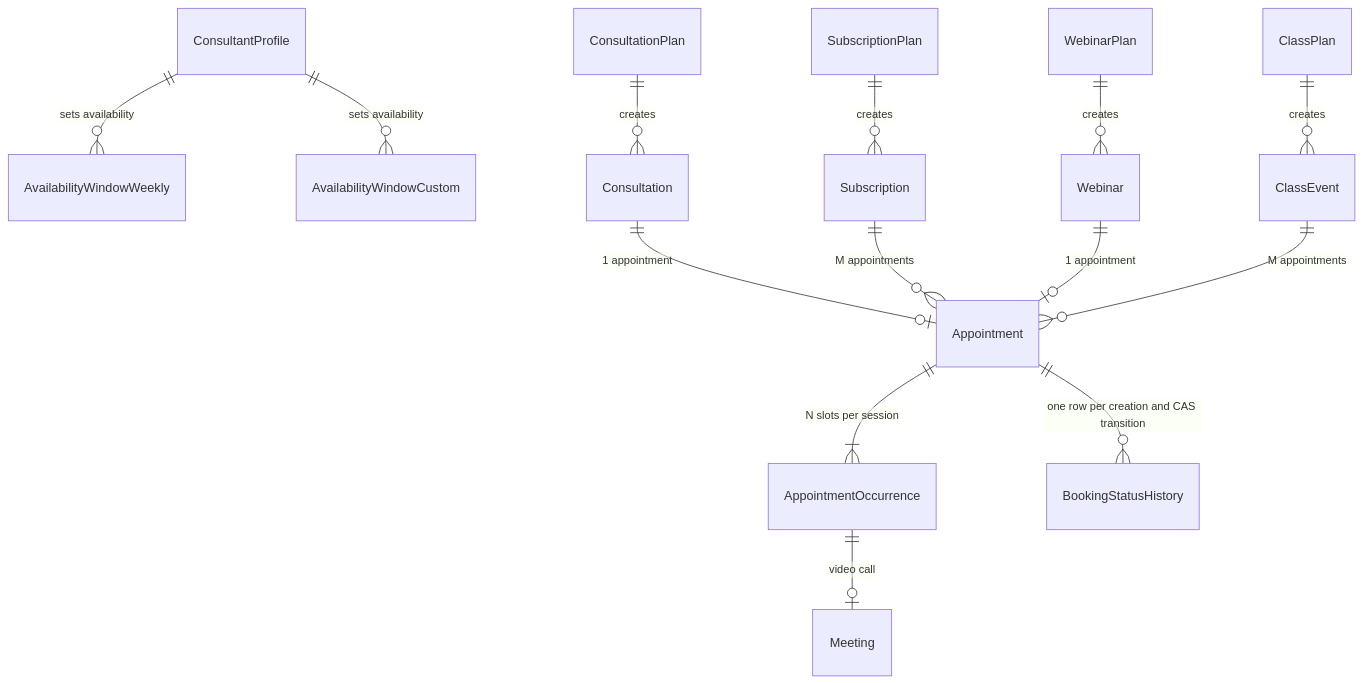
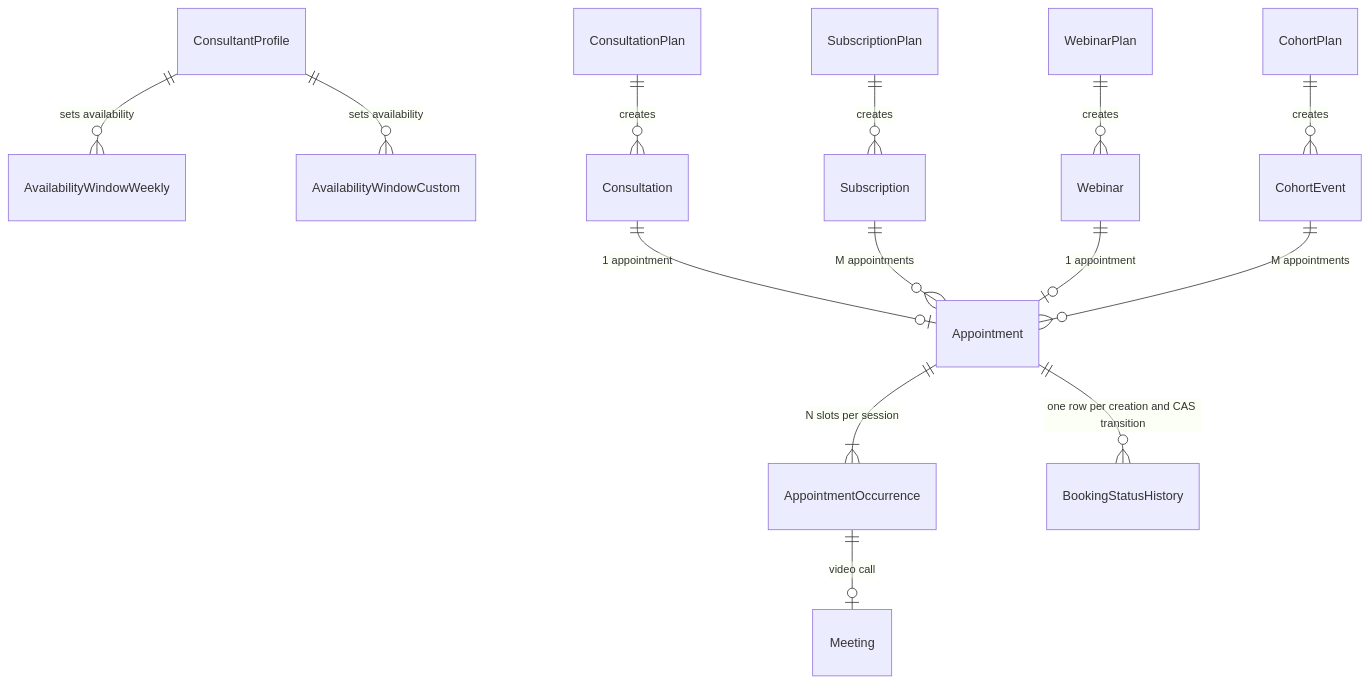
One commit to Practitionist/familiarise_web changed the sixth of 6 diagrams in docs/booking/06-dependency-graphs.md. Above: the diagram before and after it, drawn with Mermaid. The commit also changed other lines of this file and 89 other files, not shown here.

````diff
--- a/docs/booking/06-dependency-graphs.md
+++ b/docs/booking/06-dependency-graphs.md
@@ -291,19 +291,19 @@
 ```mermaid
 erDiagram
   ConsultantProfile ||--o{ AvailabilityWindowWeekly : "sets availability"
   ConsultantProfile ||--o{ AvailabilityWindowCustom : "sets availability"
 
   ConsultationPlan ||--o{ Consultation : creates
   SubscriptionPlan ||--o{ Subscription : creates
   WebinarPlan ||--o{ Webinar : creates
-  ClassPlan ||--o{ ClassEvent : creates
+  CohortPlan ||--o{ CohortEvent : creates
 
   Consultation ||--o| Appointment : "1 appointment"
   Subscription ||--o{ Appointment : "M appointments"
   Webinar ||--o| Appointment : "1 appointment"
-  ClassEvent ||--o{ Appointment : "M appointments"
+  CohortEvent ||--o{ Appointment : "M appointments"
 
   Appointment ||--|{ AppointmentOccurrence : "N slots per session"
   Appointment ||--o{ BookingStatusHistory : "one row per creation and CAS transition"
   AppointmentOccurrence ||--o| Meeting : "video call"
 ```
````
